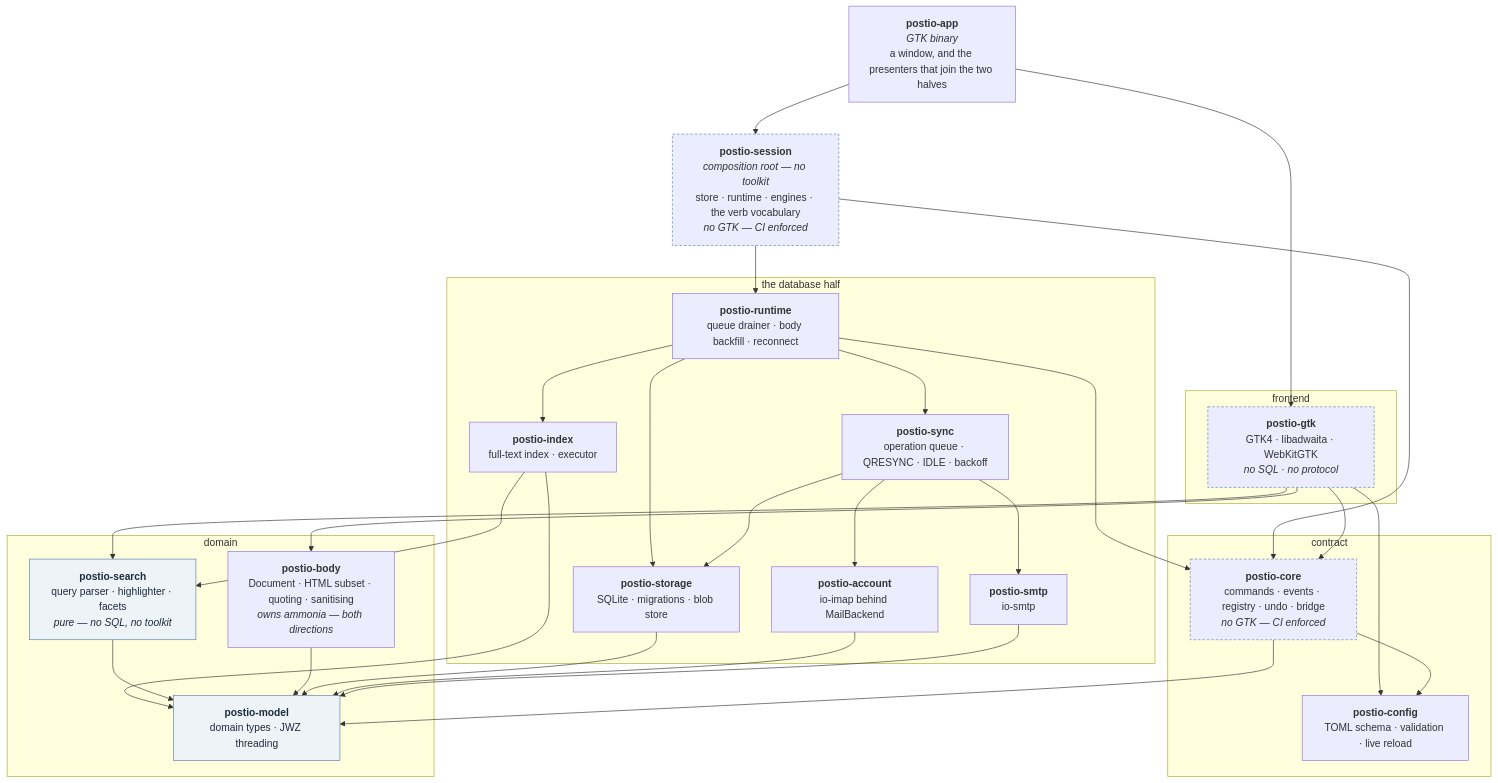
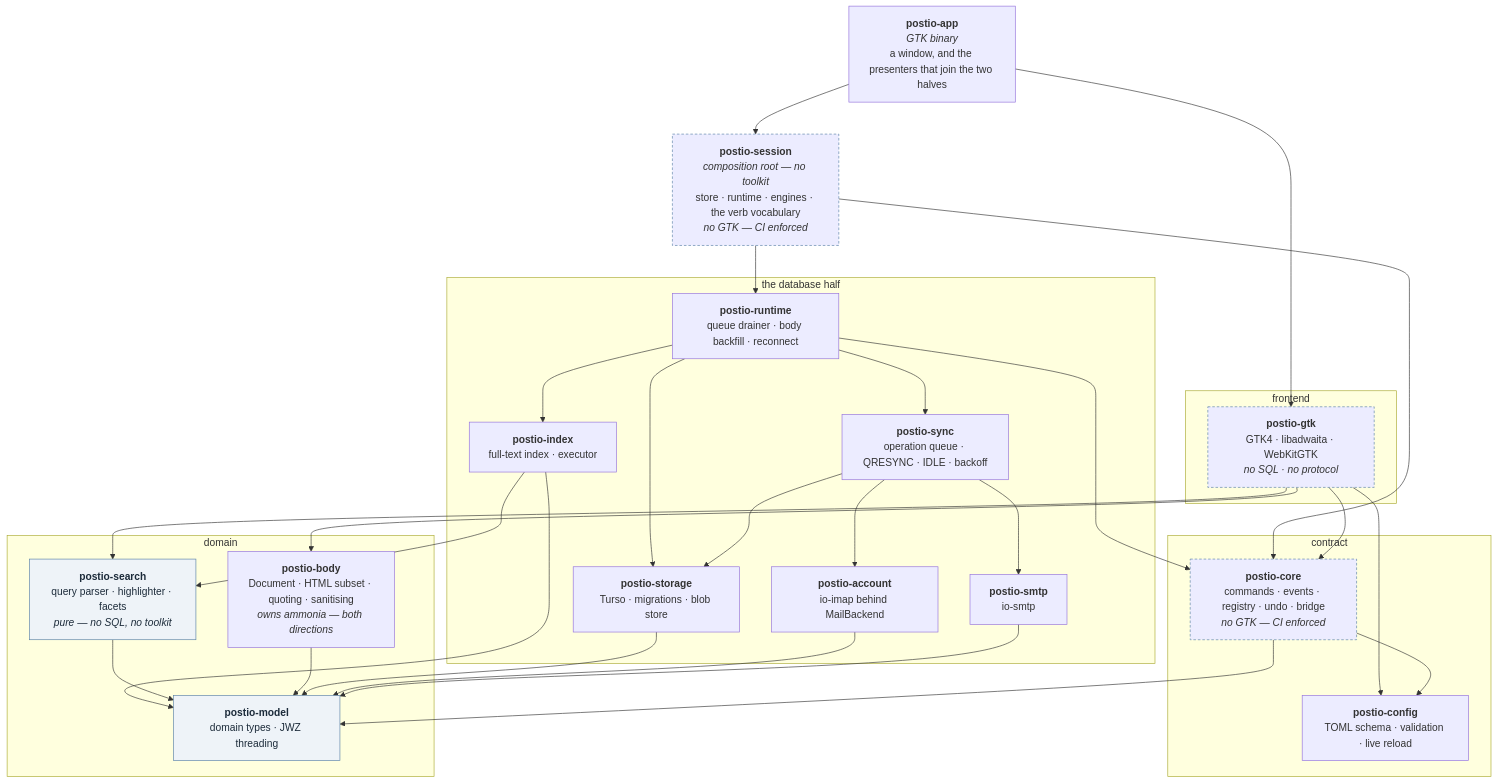
Before and after one commit to dlapiduz/postio: the diagram in docs/ARCHITECTURE.md, drawn with Mermaid. The commit also changed other lines of this file and 45 other files, not shown here.

````diff
--- a/docs/ARCHITECTURE.md
+++ b/docs/ARCHITECTURE.md
@@ -15,59 +15,59 @@
 ```mermaid
 graph TD
     app["<b>postio-app</b><br/><i>GTK binary</i><br/>a window, and the presenters that join the two halves"]
     session["<b>postio-session</b><br/><i>composition root — no toolkit</i><br/>store · runtime · engines · the verb vocabulary<br/><i>no GTK — CI enforced</i>"]
 
     subgraph view ["frontend"]
         gtk["<b>postio-gtk</b><br/>GTK4 · libadwaita · WebKitGTK<br/><i>no SQL · no protocol</i>"]
     end
 
     subgraph engine ["the database half"]
         runtime["<b>postio-runtime</b><br/>queue drainer · body backfill · reconnect"]
         sync["<b>postio-sync</b><br/>operation queue · QRESYNC · IDLE · backoff"]
         imap["<b>postio-account</b><br/>io-imap behind MailBackend"]
         smtp["<b>postio-smtp</b><br/>io-smtp"]
-        storage["<b>postio-storage</b><br/>SQLite · migrations · blob store"]
+        storage["<b>postio-storage</b><br/>Turso · migrations · blob store"]
         index["<b>postio-index</b><br/>full-text index · executor"]
     end
 
     subgraph contract ["contract"]
         core["<b>postio-core</b><br/>commands · events · registry · undo · bridge<br/><i>no GTK — CI enforced</i>"]
         config["<b>postio-config</b><br/>TOML schema · validation · live reload"]
     end
 
     subgraph domain ["domain"]
         search["<b>postio-search</b><br/>query parser · highlighter · facets<br/><i>pure — no SQL, no toolkit</i>"]
         body["<b>postio-body</b><br/>Document · HTML subset · quoting · sanitising<br/><i>owns ammonia — both directions</i>"]
         model["<b>postio-model</b><br/>domain types · JWZ threading"]
     end
 
     app --> session
     app --> gtk
     session --> runtime
     session --> core
     gtk --> core
     gtk --> search
     gtk --> body
     gtk --> config
     runtime --> sync
     runtime --> index
     runtime --> core
     runtime --> storage
     sync --> imap
     sync --> smtp
     sync --> storage
     index --> search
     index --> model
     core --> config
     core --> model
     search --> model
     body --> model
     storage --> model
     imap --> model
     smtp --> model
 
     classDef pure fill:#eef3f8,stroke:#5980a6,color:#1c2b3a
     classDef guard stroke-dasharray:4 3,stroke:#5980a6
     class model,search pure
     class core,gtk,session guard
 ```
````
